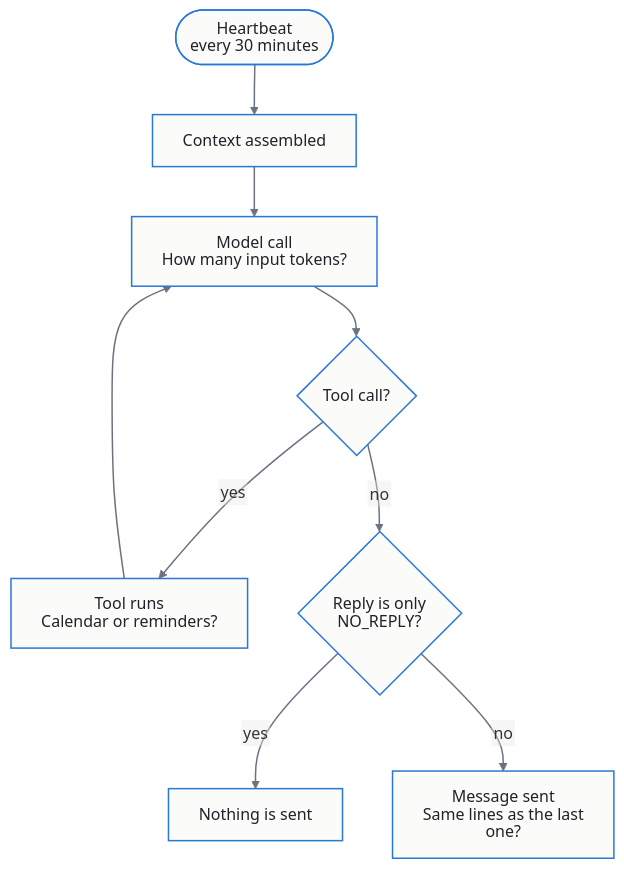
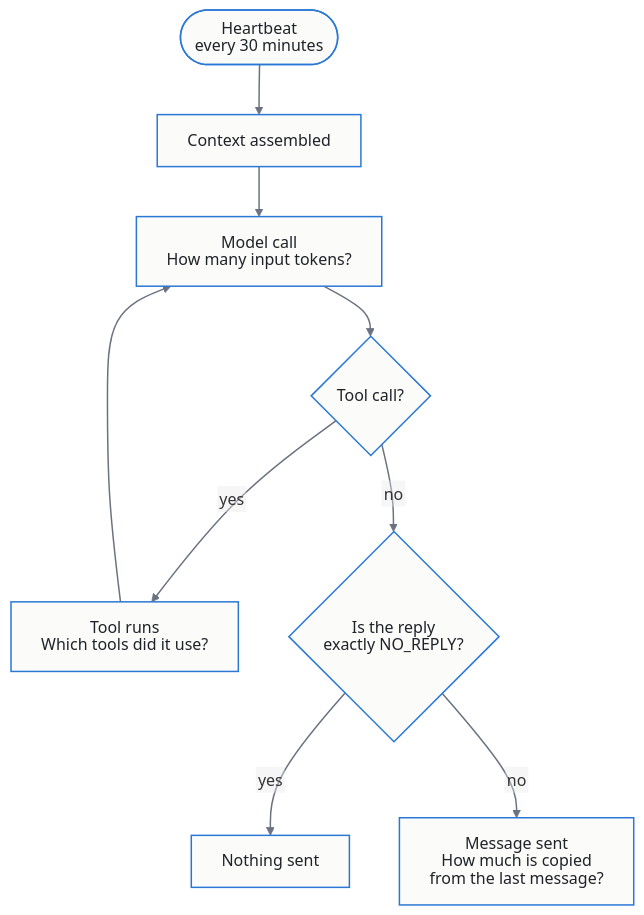
Before and after one commit to tildahh/openclaw-analysis: the second of 2 diagrams in README.md, drawn with Mermaid. The commit also changed other lines of this file and 13 other files, not shown here.

````diff
--- a/README.md
+++ b/README.md
@@ -276,14 +265,14 @@
 ```mermaid
 %%{init: {"htmlLabels": false, "flowchart": {"htmlLabels": false}}}%%
 flowchart TD
     T(["Heartbeat<br/>every 30 minutes"]) --> C["Context assembled"]
     C --> M["Model call<br/>How many input tokens?"]
     M --> Q{"Tool call?"}
-    Q -- yes --> TL["Tool runs<br/>Calendar or reminders?"]
+    Q -- yes --> TL["Tool runs<br/>Which tools did it use?"]
     TL --> M
-    Q -- no --> R{"Reply is only<br/>NO_REPLY?"}
-    R -- yes --> S["Nothing is sent"]
-    R -- no --> D["Message sent<br/>Same lines as the last one?"]
+    Q -- no --> R{"Is the reply<br/>exactly NO_REPLY?"}
+    R -- yes --> S["Nothing sent"]
+    R -- no --> D["Message sent<br/>How much is copied<br/>from the last message?"]
     classDef default fill:#FBFBF9,stroke:#2A78D6,stroke-width:1.5px,color:#1F2328
     linkStyle default stroke:#6B7280,stroke-width:1.5px
 ```
````
